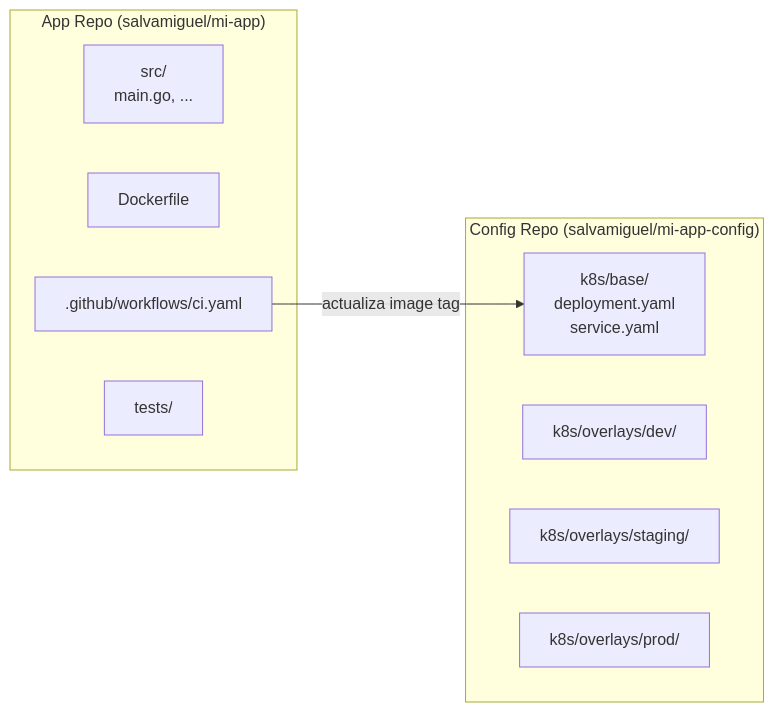
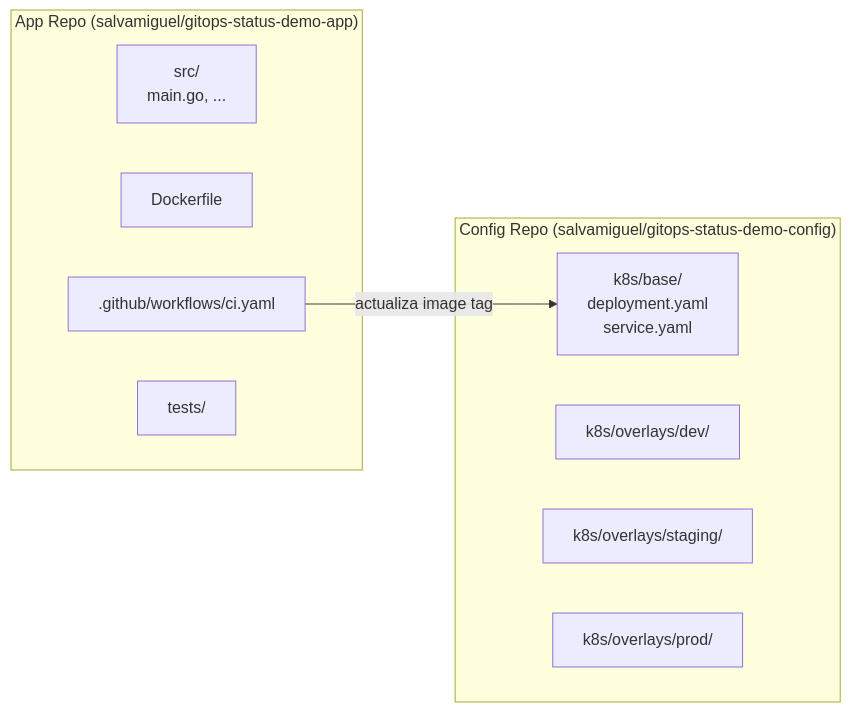
The second of 2 diagrams in docs/gitops/teoria/pipeline-end-to-end.mdx (salvamiguel/materials), drawn with Mermaid before and after one commit. The commit also changed other lines of this file and 2 other files, not shown here.

Commit message:
docs: update GitOps docs with real gitops-status-demo repo references

````diff
--- a/docs/gitops/teoria/pipeline-end-to-end.mdx
+++ b/docs/gitops/teoria/pipeline-end-to-end.mdx
@@ -151,18 +159,18 @@
 ```mermaid
 graph LR
-  subgraph "App Repo (salvamiguel/mi-app)"
+  subgraph "App Repo (salvamiguel/gitops-status-demo-app)"
     src["src/<br/>main.go, ..."]
     Dockerfile
     CI[".github/workflows/ci.yaml"]
     tests["tests/"]
   end
 
-  subgraph "Config Repo (salvamiguel/mi-app-config)"
+  subgraph "Config Repo (salvamiguel/gitops-status-demo-config)"
     base["k8s/base/<br/>deployment.yaml<br/>service.yaml"]
     dev["k8s/overlays/dev/"]
     staging["k8s/overlays/staging/"]
     prod["k8s/overlays/prod/"]
   end
 
   CI -->|"actualiza image tag"| base
 ```
````
